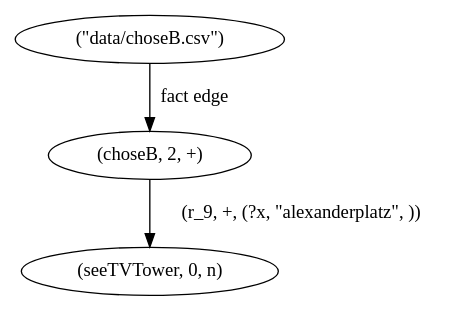
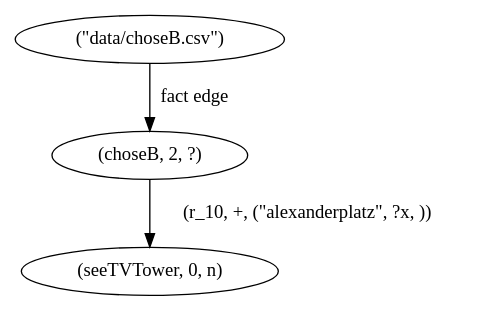
The diagram in mtf_EXP_20781/debug/6adg_restricted_to_seeTVTower.dot (Leo-Aus-Berlin/nemo-metamorphic-testing), drawn with Graphviz before and after one commit. The commit also changed 87 other files, not shown here.

```diff
--- a/mtf_EXP_20781/debug/6adg_restricted_to_seeTVTower.dot
+++ b/mtf_EXP_20781/debug/6adg_restricted_to_seeTVTower.dot
@@ -1,7 +1,7 @@
 digraph {
-    2 [ label = "(choseB, 2, +)" ]
+    2 [ label = "(choseB, 2, ?)" ]
     7 [ label = "(seeTVTower, 0, n)" ]
     12 [ label = "(\"data/choseB.csv\")" ]
     12 -> 2 [ label = "fact edge" ]
-    2 -> 7 [ label = "(r_9, +, (?x, \"alexanderplatz\", ))" ]
+    2 -> 7 [ label = "(r_10, +, (\"alexanderplatz\", ?x, ))" ]
 }
```
